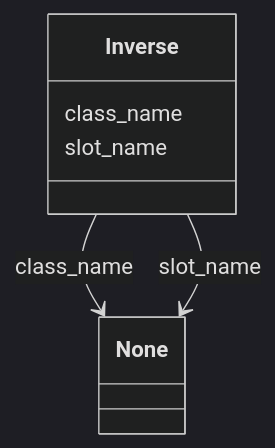
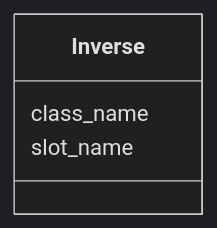
Before and after one commit to linkml/linkml-map: the diagram in docs/schema/Inverse.md, drawn with Mermaid (dark theme). The commit also changed other lines of this file and 155 other files, not shown here.

First line of the commit message:
Regenerate schema docs

````diff
--- a/docs/schema/Inverse.md
+++ b/docs/schema/Inverse.md
@@ -17,13 +23,10 @@
 ```mermaid
  classDiagram
     class Inverse
+    click Inverse href "../Inverse/"
       Inverse : class_name
-
-          Inverse --> None : class_name
-
+        
       Inverse : slot_name
-
-          Inverse --> None : slot_name
-
-
+        
+      
 ```
````
